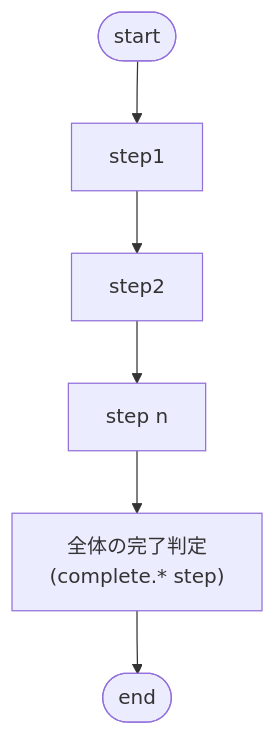
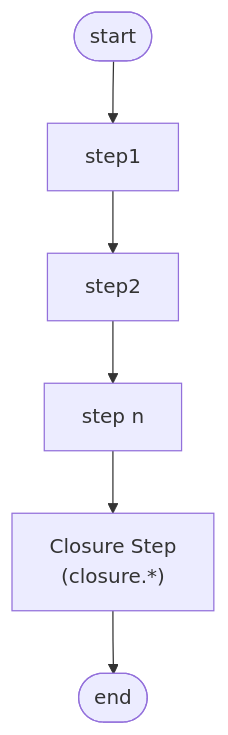
The second of 11 diagrams in agents/docs/design/08_step_flow_design.md (tettuan/climpt), drawn with Mermaid before and after one commit. The commit also changed other lines of this file, not shown here.

First line of the commit message:
docs(agents): rename complete to closure terminology in step flow design

````diff
--- a/agents/docs/design/08_step_flow_design.md
+++ b/agents/docs/design/08_step_flow_design.md
@@ -24,8 +24,8 @@
 ```mermaid
 flowchart TD
   Start([start]) --> Step1[step1]
   Step1 --> Step2[step2]
   Step2 --> StepN[step n]
-  StepN --> Review["全体の完了判定<br/>(complete.* step)"]
+  StepN --> Review["Closure Step<br/>(closure.*)"]
   Review --> End([end])
 ```
````
